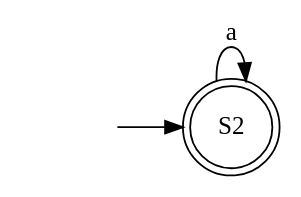
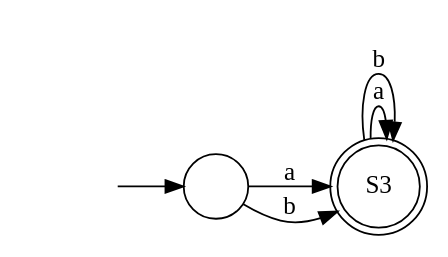
Before and after one commit to konstantin2506/automata_theory: the diagram in lab2/dfa.dot, drawn with Graphviz. The commit also changed 7 other files, not shown here.

```diff
--- a/lab2/dfa.dot
+++ b/lab2/dfa.dot
@@ -1,11 +1,15 @@
 digraph DFA {
     rankdir=LR;
 
     start [shape=none, label=""];
 
-    "1,2" [label="S2", shape=doublecircle];
+    "1,2" [label="", shape=circle];
+    "3,4,5,6,7" [label="S3", shape=doublecircle];
 
     start -> "1,2";
 
-    "1,2" -> "1,2" [label="a"];
+    "1,2" -> "3,4,5,6,7" [label="a"];
+    "1,2" -> "3,4,5,6,7" [label="b"];
+    "3,4,5,6,7" -> "3,4,5,6,7" [label="a"];
+    "3,4,5,6,7" -> "3,4,5,6,7" [label="b"];
 }
```
